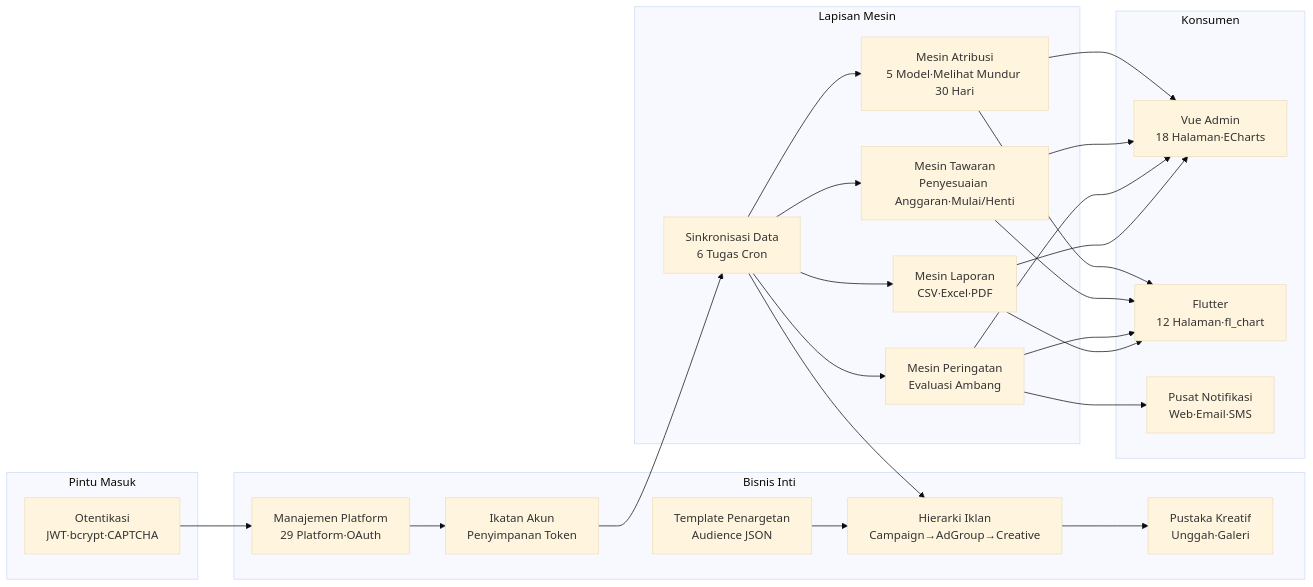
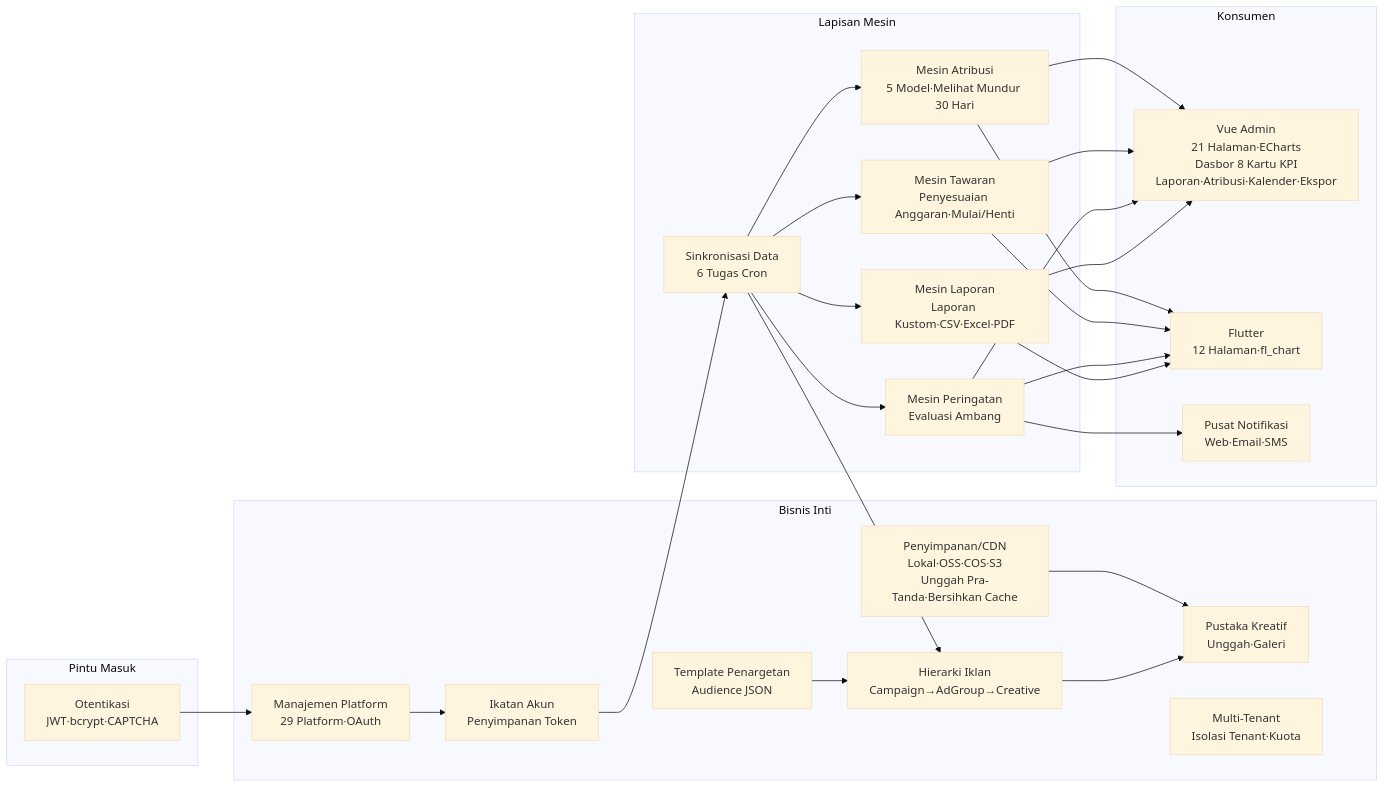
Before and after one commit to erikwang2013/ads-php: the diagram in docs/diagrams/svg/functional-modules.id.mmd, drawn with Mermaid (base theme). The commit also changed 64 other files, not shown here.

First line of the commit message:
docs(usage): 使用说明文档 ×13 语言 + 功能模块图更新 + README 使用说明链接

```diff
--- a/docs/diagrams/svg/functional-modules.id.mmd
+++ b/docs/diagrams/svg/functional-modules.id.mmd
@@ -1,29 +1,32 @@
 graph LR
     subgraph Entry["Pintu Masuk"]
         A1["Otentikasi<br/>JWT·bcrypt·CAPTCHA"]
     end
     subgraph Core["Bisnis Inti"]
         B1["Manajemen Platform<br/>29 Platform·OAuth"]
         B2["Ikatan Akun<br/>Penyimpanan Token"]
         B3["Hierarki Iklan<br/>Campaign→AdGroup→Creative"]
         B4["Pustaka Kreatif<br/>Unggah·Galeri"]
         B5["Template Penargetan<br/>Audience JSON"]
+        B6["Penyimpanan/CDN<br/>Lokal·OSS·COS·S3<br/>Unggah Pra-Tanda·Bersihkan Cache"]
+        B7["Multi-Tenant<br/>Isolasi Tenant·Kuota"]
     end
     subgraph Engine["Lapisan Mesin"]
         C1["Sinkronisasi Data<br/>6 Tugas Cron"]
-        C2["Mesin Laporan<br/>CSV·Excel·PDF"]
+        C2["Mesin Laporan<br/>Laporan Kustom·CSV·Excel·PDF"]
         C3["Mesin Peringatan<br/>Evaluasi Ambang"]
         C4["Mesin Tawaran<br/>Penyesuaian Anggaran·Mulai/Henti"]
         C5["Mesin Atribusi<br/>5 Model·Melihat Mundur 30 Hari"]
     end
     subgraph Endpoint["Konsumen"]
-        D1["Vue Admin<br/>18 Halaman·ECharts"]
+        D1["Vue Admin<br/>21 Halaman·ECharts<br/>Dasbor 8 Kartu KPI<br/>Laporan·Atribusi·Kalender·Ekspor"]
         D2["Flutter<br/>12 Halaman·fl_chart"]
         D3["Pusat Notifikasi<br/>Web·Email·SMS"]
     end
     A1 --> B1 --> B2 --> C1
     C1 --> B3 --> B4
     B5 --> B3
+    B6 --> B4
     C1 --> C2 & C3 & C4 & C5
     C2 & C3 & C4 & C5 --> D1 & D2
     C3 --> D3
```
